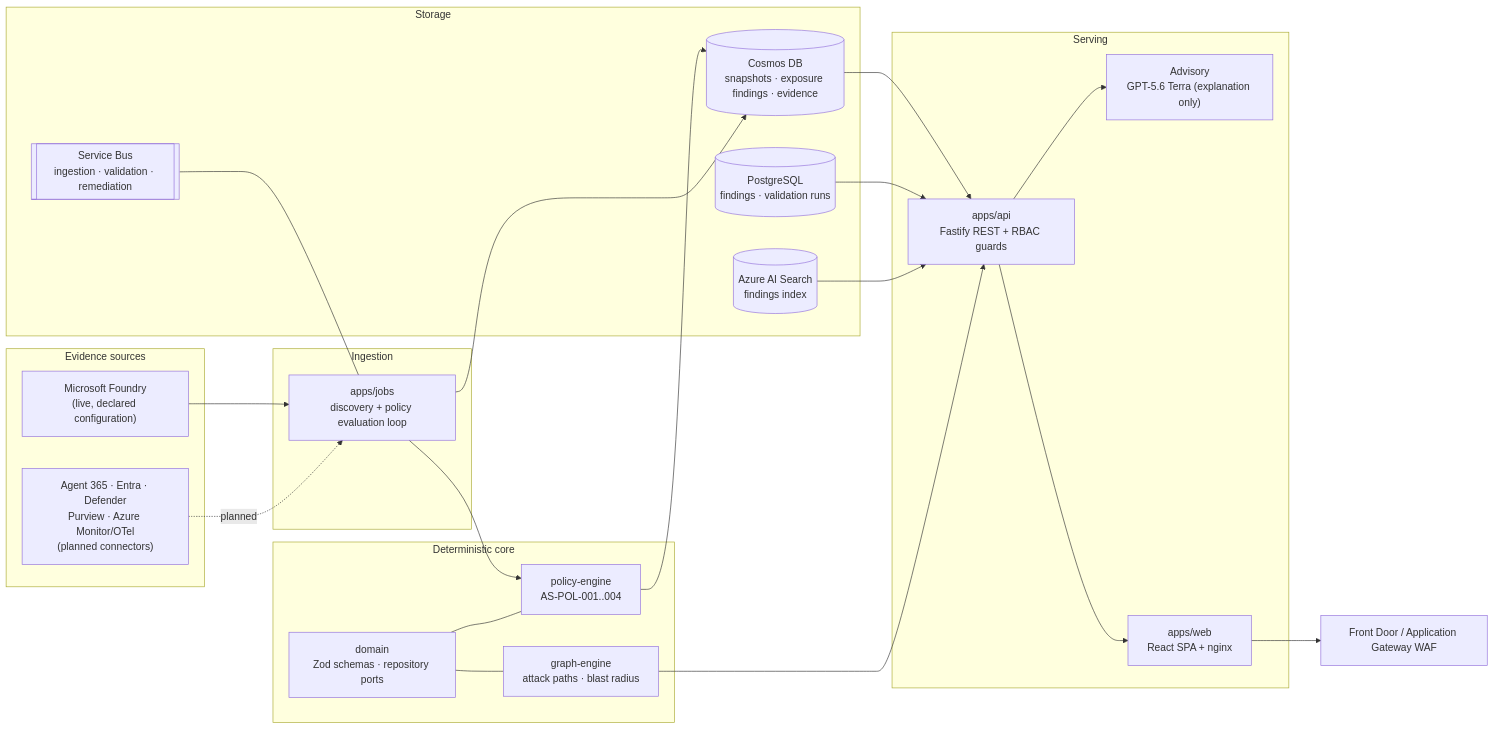
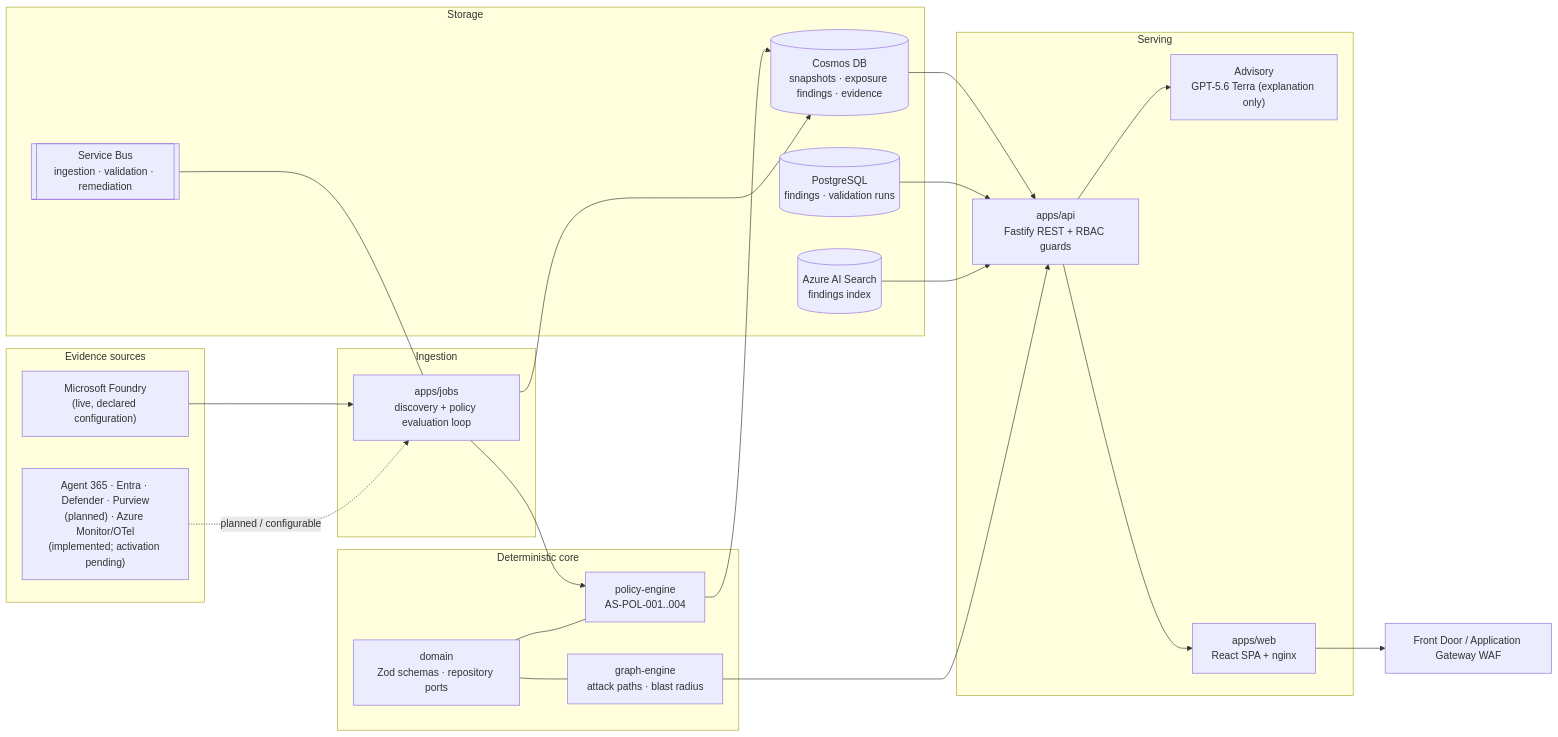
Before and after one commit to YOONPYOGitHub/agent-sentinel: the diagram in README.md, drawn with Mermaid. The commit also changed other lines of this file and 15 other files, not shown here.

````diff
--- a/README.md
+++ b/README.md
@@ -58,45 +59,45 @@
 ```mermaid
 flowchart LR
     subgraph Sources["Evidence sources"]
         FDRY["Microsoft Foundry<br/>(live, declared configuration)"]
-        PLAN["Agent 365 · Entra · Defender<br/>Purview · Azure Monitor/OTel<br/>(planned connectors)"]
+        PLAN["Agent 365 · Entra · Defender · Purview<br/>(planned) · Azure Monitor/OTel<br/>(implemented; activation pending)"]
     end
 
     subgraph Ingest["Ingestion"]
         JOBS["apps/jobs<br/>discovery + policy evaluation loop"]
     end
 
     subgraph Core["Deterministic core"]
         GRAPH["graph-engine<br/>attack paths · blast radius"]
         POLICY["policy-engine<br/>AS-POL-001..004"]
         DOMAIN["domain<br/>Zod schemas · repository ports"]
     end
 
     subgraph Store["Storage"]
         COSMOS[("Cosmos DB<br/>snapshots · exposure findings · evidence")]
         PG[("PostgreSQL<br/>findings · validation runs")]
         SEARCH[("Azure AI Search<br/>findings index")]
         SB[["Service Bus<br/>ingestion · validation · remediation"]]
     end
 
     subgraph Serve["Serving"]
         API["apps/api<br/>Fastify REST + RBAC guards"]
         ADV["Advisory<br/>GPT-5.6 Terra (explanation only)"]
         WEB["apps/web<br/>React SPA + nginx"]
     end
 
     FDRY --> JOBS
-    PLAN -.planned.-> JOBS
+    PLAN -.planned / configurable.-> JOBS
     JOBS --> POLICY --> COSMOS
     JOBS --> COSMOS
     DOMAIN --- POLICY
     DOMAIN --- GRAPH
     COSMOS --> API
     PG --> API
     SEARCH --> API
     SB --- JOBS
     GRAPH --> API
     API --> ADV
     API --> WEB
     WEB --> EDGE["Front Door / Application Gateway WAF"]
 ```
````
